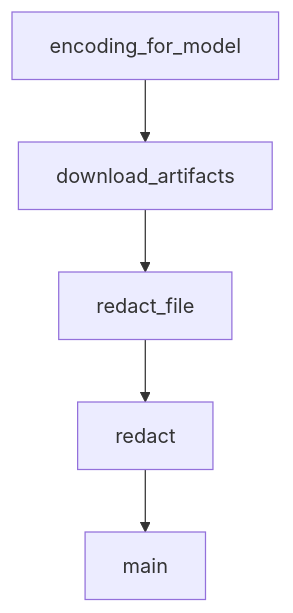
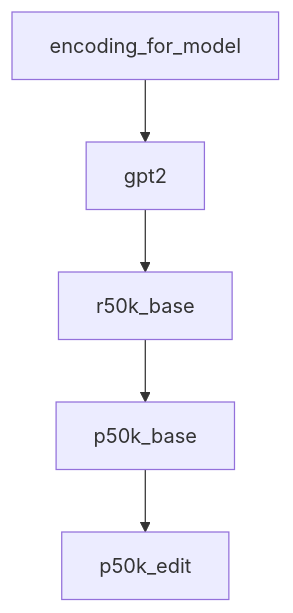
Before and after one commit to johnxie/awesome-code-docs: the diagram in tutorials/tiktoken-tutorial/06-chatml-and-tool-calls.md, drawn with Mermaid. The commit also changed other lines of this file and 1232 other files, not shown here.

````diff
--- a/tutorials/tiktoken-tutorial/06-chatml-and-tool-calls.md
+++ b/tutorials/tiktoken-tutorial/06-chatml-and-tool-calls.md
@@ -254,12 +252,12 @@
 ```mermaid
 flowchart TD
     A[encoding_for_model]
-    B[download_artifacts]
-    C[redact_file]
-    D[redact]
-    E[main]
+    B[gpt2]
+    C[r50k_base]
+    D[p50k_base]
+    E[p50k_edit]
     A --> B
     B --> C
     C --> D
     D --> E
 ```
````
